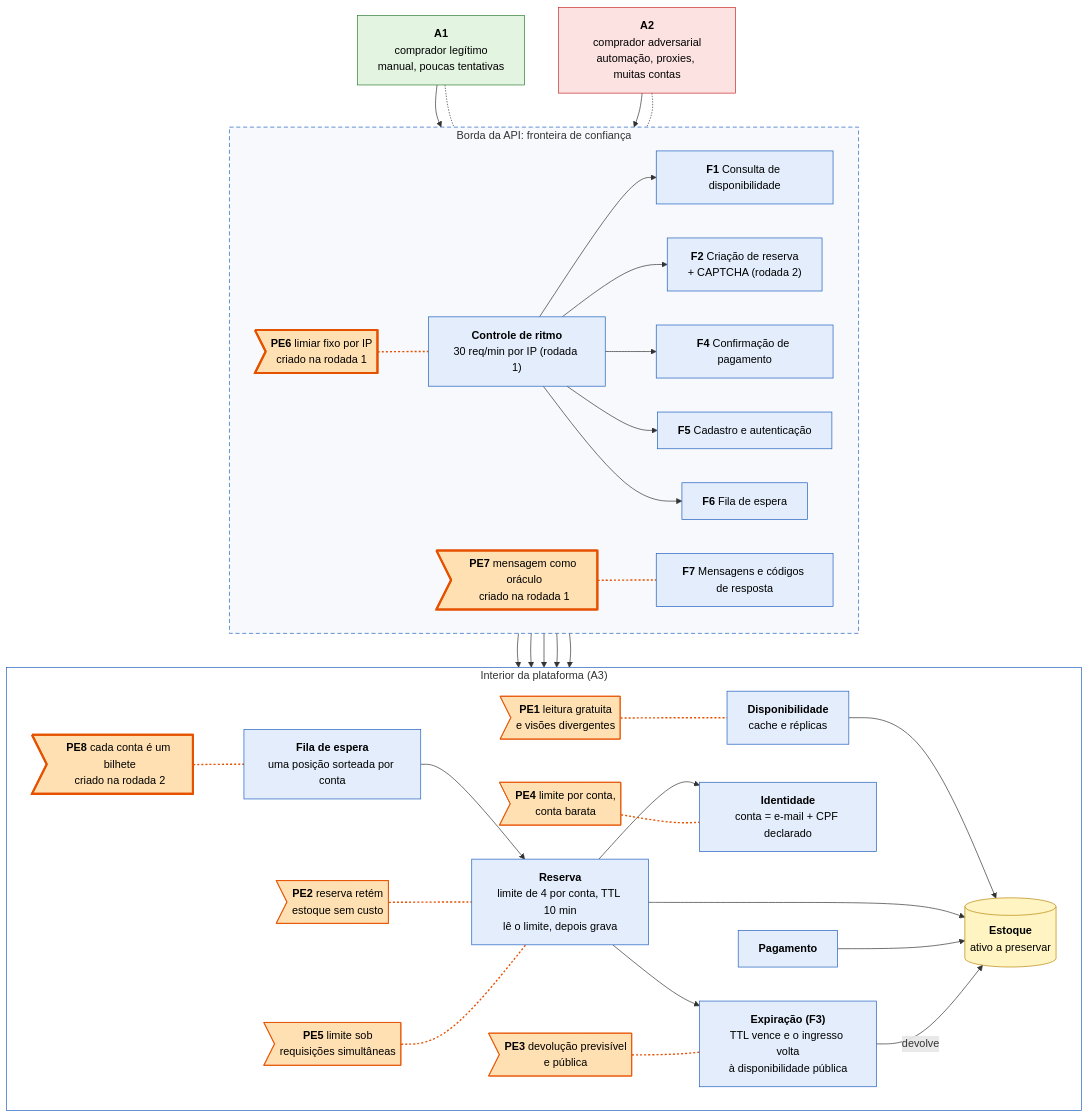
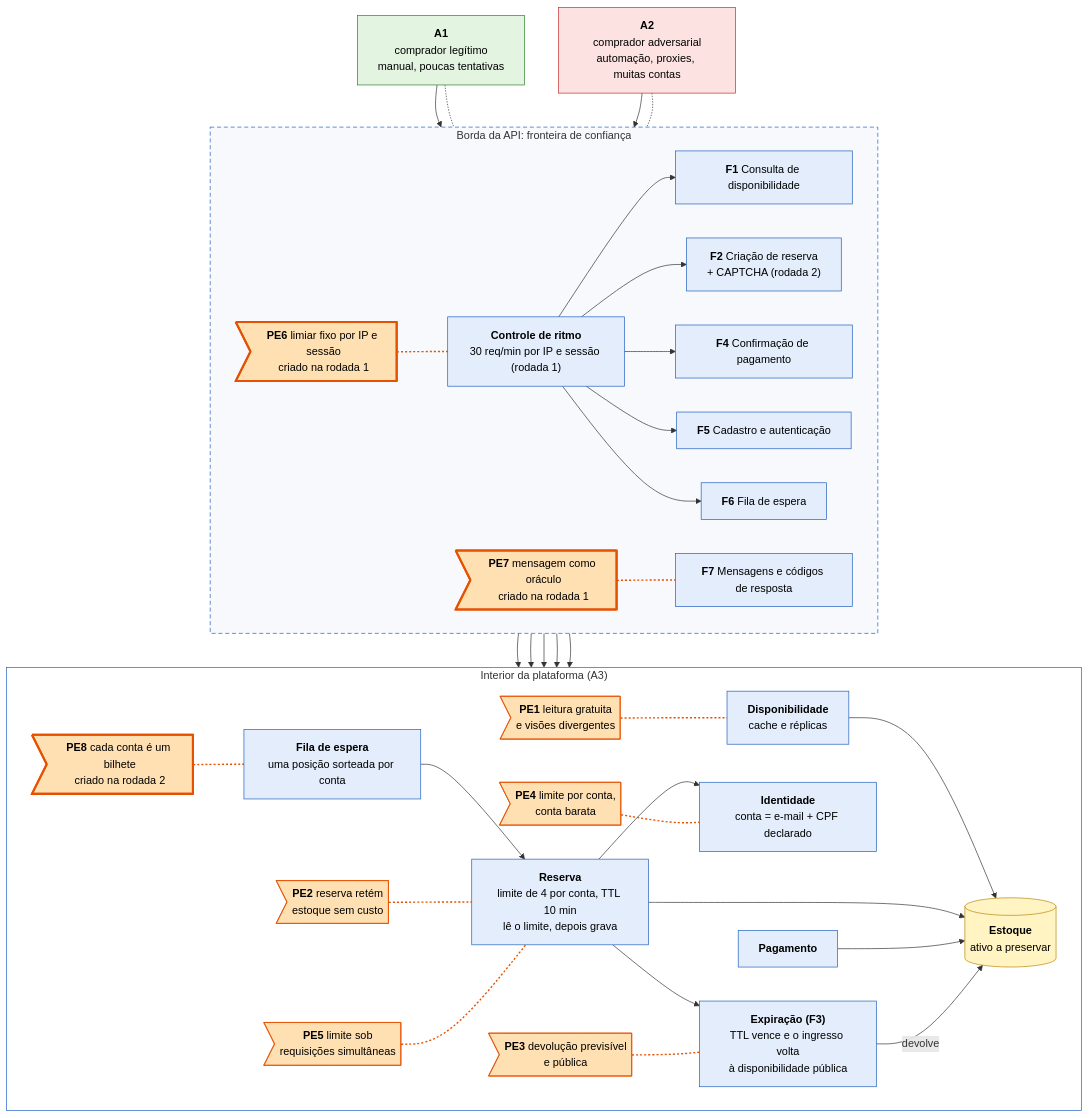
The diagram in diagramas/superficie-de-ataque.mmd (doffyGC/sistema-ingresso-adversarial), drawn with Mermaid before and after one commit. The commit also changed 4 other files, not shown here.

```diff
--- a/diagramas/superficie-de-ataque.mmd
+++ b/diagramas/superficie-de-ataque.mmd
@@ -1,85 +1,85 @@
 %% Fig. 4 - Superficie de ataque (secao 3.4, docs/superficie-ataque.md). Fonte editavel; exportado para superficie-de-ataque.svg e .png
 %% Cores seguem a legenda da secao 3.1: verde A1, vermelho A2, azul componentes da plataforma (A3), amarelo ativo.
 %% Laranja: ponto de exploracao (PE1 a PE8). Contorno grosso: ponto criado por resposta de A3 nas rodadas 1 e 2.
-%% Linha continua: requisicao ou transicao de estado. Tracejada: resposta que volta como sinal. Pontilhada laranja: onde o ponto se localiza.
+%% Linha continua preta: requisicao ou transicao de estado. Pontilhada preta: resposta de F7 que volta como sinal. Pontilhada laranja: onde o ponto se localiza.
 flowchart TB
     A1["<b>A1</b><br/>comprador legítimo<br/>manual, poucas tentativas"]
     A2["<b>A2</b><br/>comprador adversarial<br/>automação, proxies, muitas contas"]
 
     subgraph BORDA["Borda da API: fronteira de confiança"]
         direction LR
-        rl["<b>Controle de ritmo</b><br/>30 req/min por IP (rodada 1)"]
+        rl["<b>Controle de ritmo</b><br/>30 req/min por IP e sessão (rodada 1)"]
         F1["<b>F1</b> Consulta de disponibilidade"]
         F2["<b>F2</b> Criação de reserva<br/>+ CAPTCHA (rodada 2)"]
         F4["<b>F4</b> Confirmação de pagamento"]
         F5["<b>F5</b> Cadastro e autenticação"]
         F6["<b>F6</b> Fila de espera"]
         F7["<b>F7</b> Mensagens e códigos de resposta"]
-        PE6>"<b>PE6</b> limiar fixo por IP<br/>criado na rodada 1"]
+        PE6>"<b>PE6</b> limiar fixo por IP e sessão<br/>criado na rodada 1"]
         PE7>"<b>PE7</b> mensagem como oráculo<br/>criado na rodada 1"]
     end
 
     subgraph PLAT["Interior da plataforma (A3)"]
         direction LR
         disp["<b>Disponibilidade</b><br/>cache e réplicas"]
         res["<b>Reserva</b><br/>limite de 4 por conta, TTL 10 min<br/>lê o limite, depois grava"]
         ident["<b>Identidade</b><br/>conta = e-mail + CPF declarado"]
         fila["<b>Fila de espera</b><br/>uma posição sorteada por conta"]
         pag["<b>Pagamento</b>"]
         exp["<b>Expiração (F3)</b><br/>TTL vence e o ingresso volta<br/>à disponibilidade pública"]
         estoque[("<b>Estoque</b><br/>ativo a preservar")]
         PE1>"<b>PE1</b> leitura gratuita<br/>e visões divergentes"]
         PE2>"<b>PE2</b> reserva retém<br/>estoque sem custo"]
         PE3>"<b>PE3</b> devolução previsível<br/>e pública"]
         PE4>"<b>PE4</b> limite por conta,<br/>conta barata"]
         PE5>"<b>PE5</b> limite sob<br/>requisições simultâneas"]
         PE8>"<b>PE8</b> cada conta é um bilhete<br/>criado na rodada 2"]
     end
 
     A1 --> rl
     A2 --> rl
     rl --> F1
     rl --> F2
     rl --> F4
     rl --> F5
     rl --> F6
     F1 --> disp
     F2 --> res
     F4 --> pag
     F5 --> ident
     F6 --> fila
     disp --> estoque
     res --> ident
     fila --> res
     res --> estoque
     pag --> estoque
     res --> exp
     exp -- "devolve" --> estoque
     A1 <-.- F7
     A2 <-.- F7
 
     PE1 -.- disp
     PE2 -.- res
     PE3 -.- exp
     PE4 -.- ident
     PE5 -.- res
     PE6 -.- rl
     PE7 -.- F7
     PE8 -.- fila
 
     classDef leg fill:#e3f4e1,stroke:#2e7d32,color:#000
     classDef adv fill:#fde2e2,stroke:#c62828,color:#000
     classDef def fill:#e3edfb,stroke:#1f5fbf,color:#000
     classDef ativo fill:#fff4c2,stroke:#b8860b,color:#000
     classDef pe fill:#ffe0b2,stroke:#e65100,color:#000
     classDef pedef fill:#ffe0b2,stroke:#e65100,stroke-width:3px,color:#000
     class A1 leg
     class A2 adv
     class rl,F1,F2,F4,F5,F6,F7,disp,res,ident,fila,pag,exp def
     class estoque ativo
     class PE1,PE2,PE3,PE4,PE5 pe
     class PE6,PE7,PE8 pedef
     style BORDA fill:#f7f9fc,stroke:#1f5fbf,stroke-dasharray:6 4
     style PLAT fill:#ffffff,stroke:#1f5fbf
 
     linkStyle 21,22,23,24,25,26,27,28 stroke:#e65100,stroke-width:2px,stroke-dasharray:3 3
```
